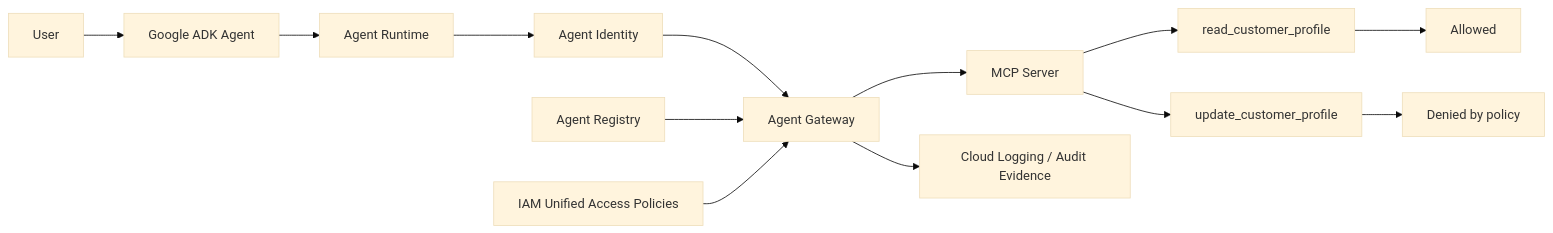
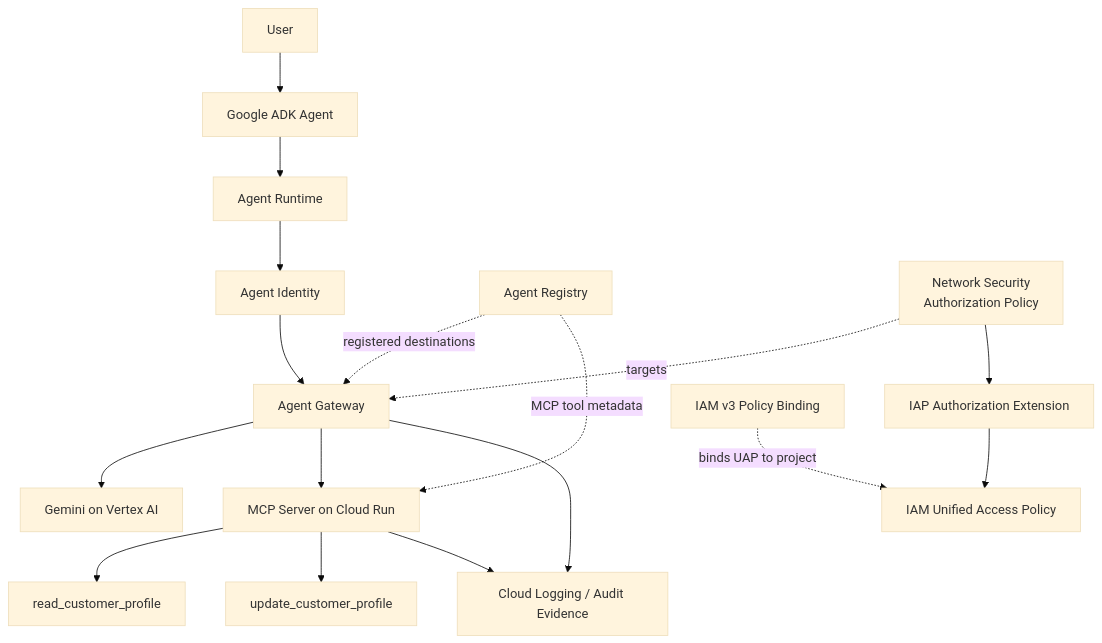
The first of 4 diagrams in docs/architecture.md (aman-swarnkar-cloud/google-cloud-agent-gateway-mcp-policy-lab), drawn with Mermaid (base theme) before and after one commit. The commit also changed other lines of this file, not shown here.

Commit message:
Updated architecture with validated authorization chain

````diff
--- a/docs/architecture.md
+++ b/docs/architecture.md
@@ -7,22 +15,46 @@
 ```mermaid
-flowchart LR
-    U[User] --> ADK[Google ADK Agent]
+flowchart TD
+    U[User]
 
-    ADK --> AR[Agent Runtime]
-    AR --> AI[Agent Identity]
+    ADK[Google ADK Agent]
+    AR[Agent Runtime]
+    AI[Agent Identity]
+    AG[Agent Gateway]
 
-    AI --> AG[Agent Gateway]
+    VTX[Gemini on Vertex AI]
 
-    REG[Agent Registry] --> AG
-    POL[IAM Unified Access Policies] --> AG
+    REG[Agent Registry]
+    MCP[MCP Server on Cloud Run]
 
-    AG --> MCP[MCP Server]
+    READ[read_customer_profile]
+    UPDATE[update_customer_profile]
 
-    MCP --> READ[read_customer_profile]
-    MCP --> UPDATE[update_customer_profile]
+    AP[Network Security\nAuthorization Policy]
+    EXT[IAP Authorization Extension]
+    UAP[IAM Unified Access Policy]
+    BIND[IAM v3 Policy Binding]
 
-    READ --> OK[Allowed]
-    UPDATE --> DENY[Denied by policy]
+    LOG[Cloud Logging / Audit Evidence]
 
-    AG --> LOG[Cloud Logging / Audit Evidence]
+    U --> ADK
+    ADK --> AR
+    AR --> AI
+    AI --> AG
+
+    AG --> VTX
+    AG --> MCP
+
+    REG -. registered destinations .-> AG
+    REG -. MCP tool metadata .-> MCP
+
+    MCP --> READ
+    MCP --> UPDATE
+
+    AP -. targets .-> AG
+    AP --> EXT
+    EXT --> UAP
+    BIND -. binds UAP to project .-> UAP
+
+    AG --> LOG
+    MCP --> LOG
 ```
````
